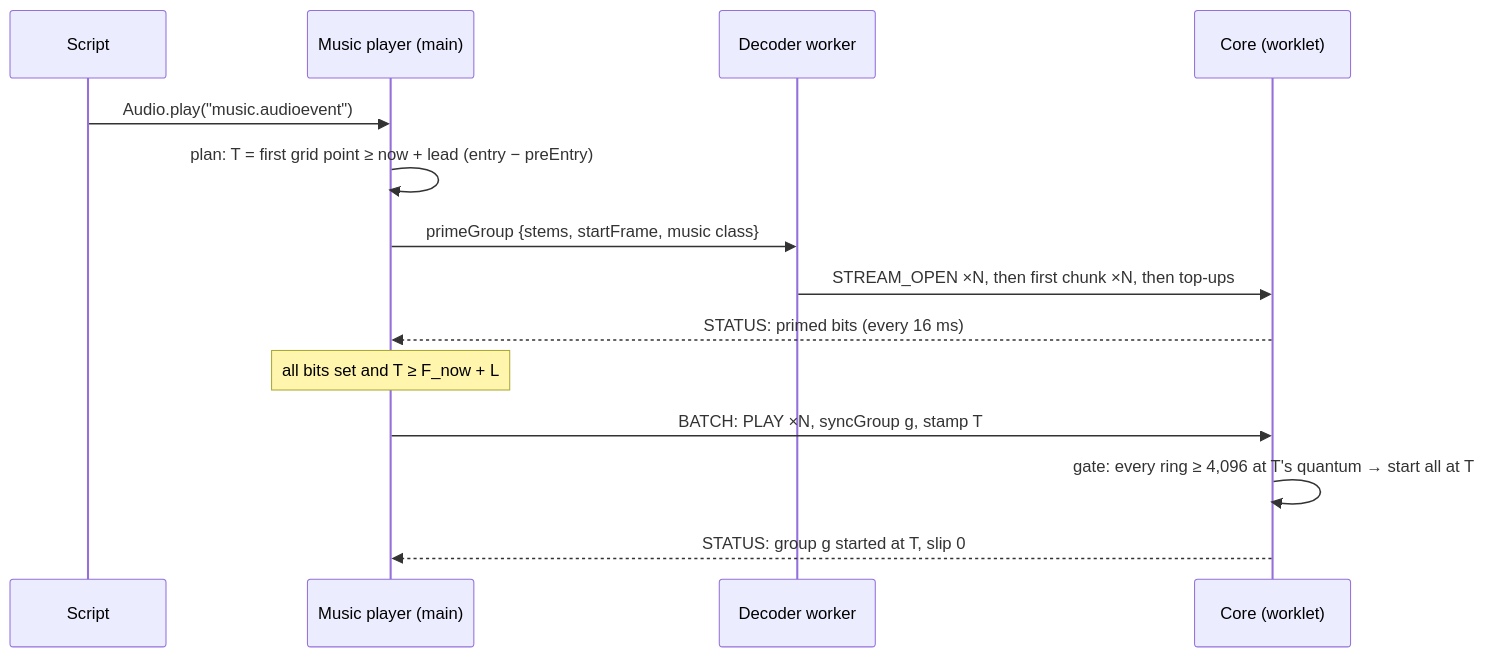
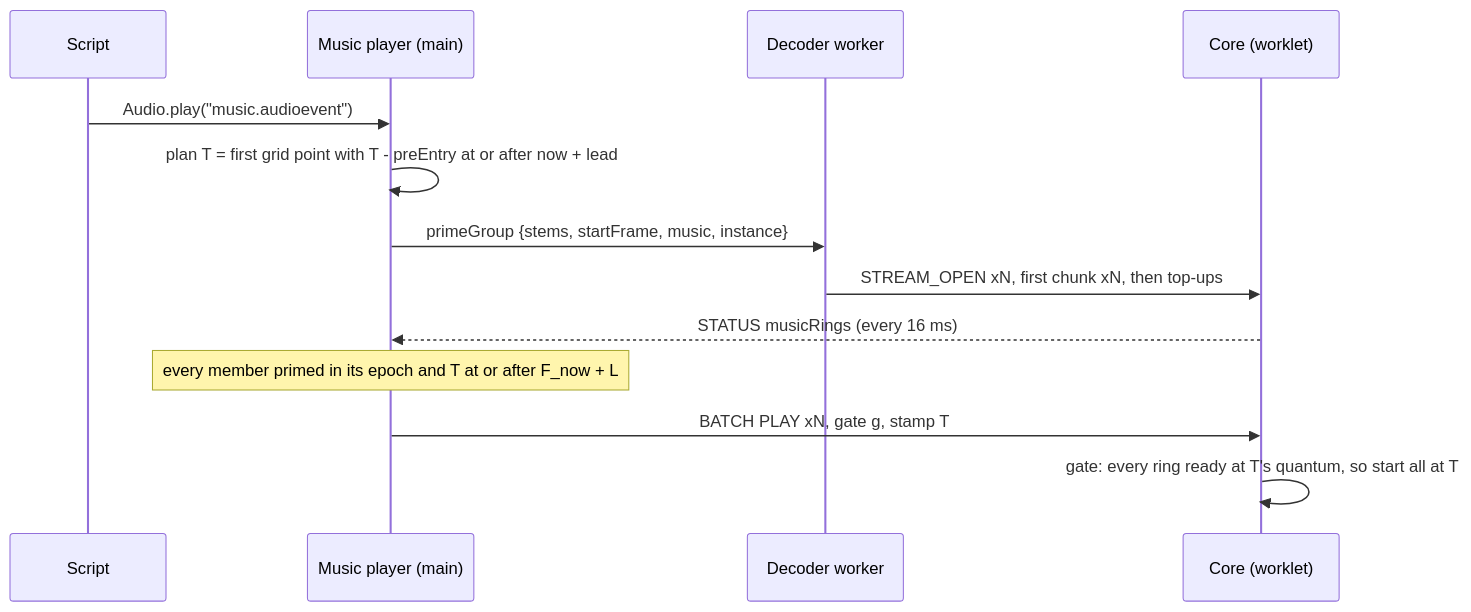
One commit to doughtnerd/TranquilityEngine changed the fifth of 9 diagrams in docs/design/0166-audio-music/architecture.md. Above: the diagram before and after it, drawn with Mermaid. The commit also changed other lines of this file and 1 other file, not shown here.

First line of the commit message:
0166 round 2B: architecture and contracts revised under rulings R1-R24

````diff
--- a/docs/design/0166-audio-music/architecture.md
+++ b/docs/design/0166-audio-music/architecture.md
@@ -173,16 +204,15 @@
 ```mermaid
 sequenceDiagram
   participant S as Script
   participant P as Music player (main)
   participant W as Decoder worker
   participant K as Core (worklet)
   S->>P: Audio.play("music.audioevent")
-  P->>P: plan: T = first grid point ≥ now + lead (entry − preEntry)
-  P->>W: primeGroup {stems, startFrame, music class}
-  W->>K: STREAM_OPEN ×N, then first chunk ×N, then top-ups
-  K-->>P: STATUS: primed bits (every 16 ms)
-  Note over P: all bits set and T ≥ F_now + L
-  P->>K: BATCH: PLAY ×N, syncGroup g, stamp T
-  K->>K: gate: every ring ≥ 4,096 at T's quantum → start all at T
-  K-->>P: STATUS: group g started at T, slip 0
+  P->>P: plan T = first grid point with T - preEntry at or after now + lead
+  P->>W: primeGroup {stems, startFrame, music, instance}
+  W->>K: STREAM_OPEN xN, first chunk xN, then top-ups
+  K-->>P: STATUS musicRings (every 16 ms)
+  Note over P: every member primed in its epoch and T at or after F_now + L
+  P->>K: BATCH PLAY xN, gate g, stamp T
+  K->>K: gate: every ring ready at T's quantum, so start all at T
 ```
````
